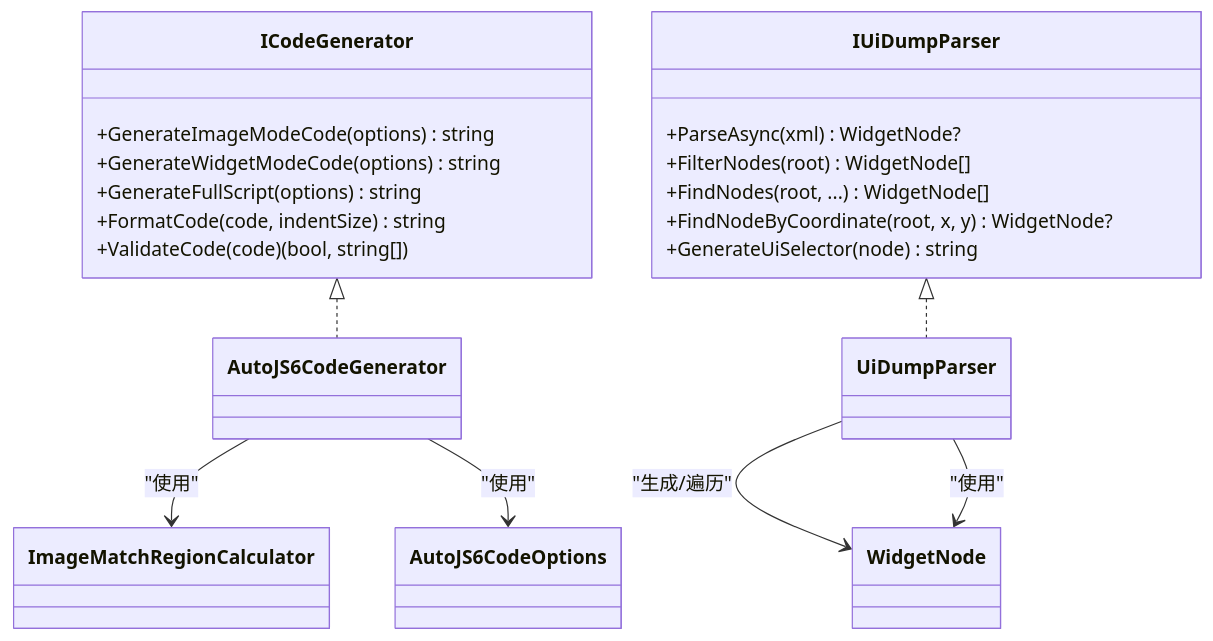
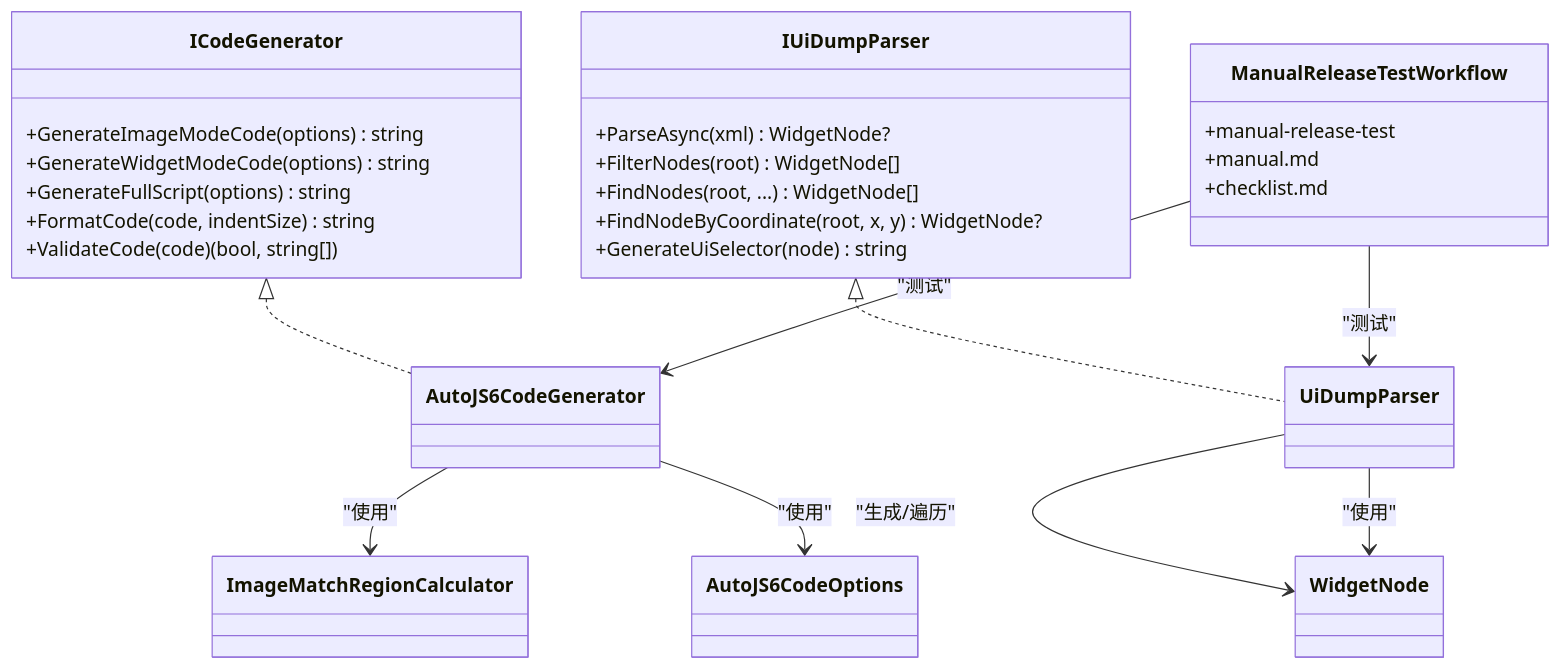
One commit to terwer/autojs6-dev-tools changed the fourth of 4 diagrams in .qoder/repowiki/zh/content/开发指南/测试策略与质量保证.md. Above: the diagram before and after it, drawn with Mermaid. The commit also changed other lines of this file and 4 other files, not shown here.

````diff
--- a/.qoder/repowiki/zh/content/开发指南/测试策略与质量保证.md
+++ b/.qoder/repowiki/zh/content/开发指南/测试策略与质量保证.md
@@ -239,26 +357,33 @@
 ```mermaid
 classDiagram
 class ICodeGenerator {
 +GenerateImageModeCode(options) string
 +GenerateWidgetModeCode(options) string
 +GenerateFullScript(options) string
 +FormatCode(code, indentSize) string
 +ValidateCode(code) (bool, string[])
 }
 class IUiDumpParser {
 +ParseAsync(xml) WidgetNode?
 +FilterNodes(root) WidgetNode[]
 +FindNodes(root, ...) WidgetNode[]
 +FindNodeByCoordinate(root, x, y) WidgetNode?
 +GenerateUiSelector(node) string
 }
 class AutoJS6CodeGenerator
 class UiDumpParser
 class ImageMatchRegionCalculator
+class ManualReleaseTestWorkflow {
++manual-release-test
++manual.md
++checklist.md
+}
 ICodeGenerator <|.. AutoJS6CodeGenerator
 IUiDumpParser <|.. UiDumpParser
 AutoJS6CodeGenerator --> ImageMatchRegionCalculator : "使用"
 UiDumpParser --> WidgetNode : "生成/遍历"
 AutoJS6CodeGenerator --> AutoJS6CodeOptions : "使用"
 UiDumpParser --> WidgetNode : "使用"
+ManualReleaseTestWorkflow --> AutoJS6CodeGenerator : "测试"
+ManualReleaseTestWorkflow --> UiDumpParser : "测试"
 ```
````
